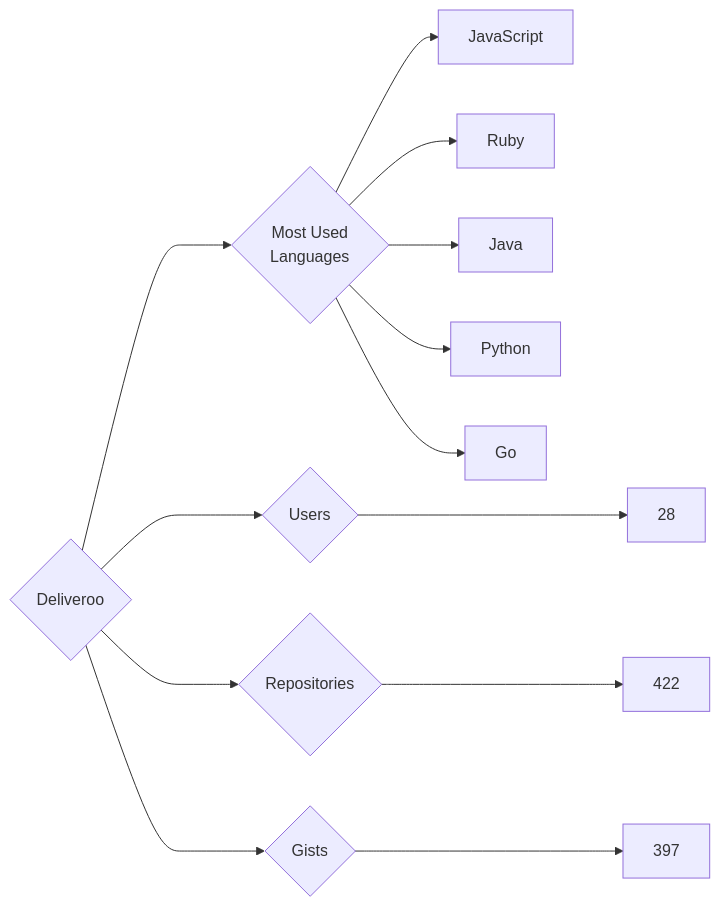
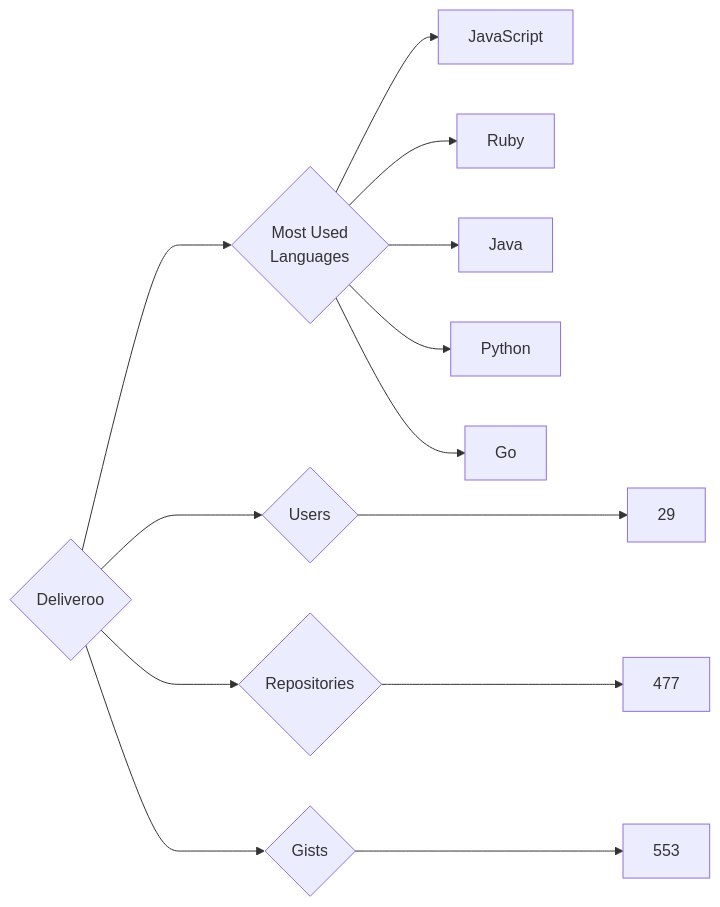
Before and after one commit to trickest/insiders: the diagram in targets/Deliveroo/README.md, drawn with Mermaid. The commit also changed 757 other files, not shown here.

````diff
--- a/targets/Deliveroo/README.md
+++ b/targets/Deliveroo/README.md
@@ -3,13 +3,13 @@
 ```mermaid
 graph LR
 COMPANY_NAME{Deliveroo}
-COMPANY_NAME ---> U{Users} ---> UN[28]
-COMPANY_NAME ---> R{Repositories} ---> RN[422]
-COMPANY_NAME ---> G{Gists} ---> GN[397]
+COMPANY_NAME ---> U{Users} ---> UN[29]
+COMPANY_NAME ---> R{Repositories} ---> RN[477]
+COMPANY_NAME ---> G{Gists} ---> GN[553]
 COMPANY_NAME ---> ML{Most Used<br>Languages}
 ML --> JavaScript[JavaScript]
 ML --> Ruby[Ruby]
 ML --> Java[Java]
 ML --> Python[Python]
 ML --> Go[Go]
 ```
````
